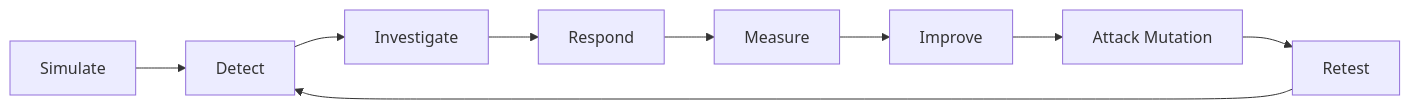
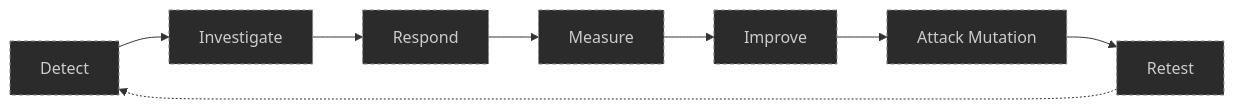
The fourth of 4 diagrams in docs/03-architecture.md (andyydz/sentinel-soc-lab), drawn with Mermaid before and after one commit. The commit also changed other lines of this file, not shown here.

````diff
--- a/docs/03-architecture.md
+++ b/docs/03-architecture.md
@@ -266,11 +166,8 @@
 ```mermaid
 flowchart LR
-    SIM[Simulate] --> DET[Detect]
-    DET --> INV[Investigate]
-    INV --> RESP[Respond]
-    RESP --> MEA[Measure]
-    MEA --> IMP[Improve]
-    IMP --> MUT[Attack Mutation]
-    MUT --> RET[Retest]
-    RET --> DET
+    DET[Detect] --> INV[Investigate] --> RESP[Respond] --> MEA[Measure] --> IMP[Improve] --> MUT[Attack Mutation] --> RET[Retest]
+    RET -.-> DET
+
+    classDef planned fill:#2b2b2b,stroke:#888,color:#ccc,stroke-dasharray: 4 3;
+    class DET,INV,RESP,MEA,IMP,MUT,RET planned
 ```
````
